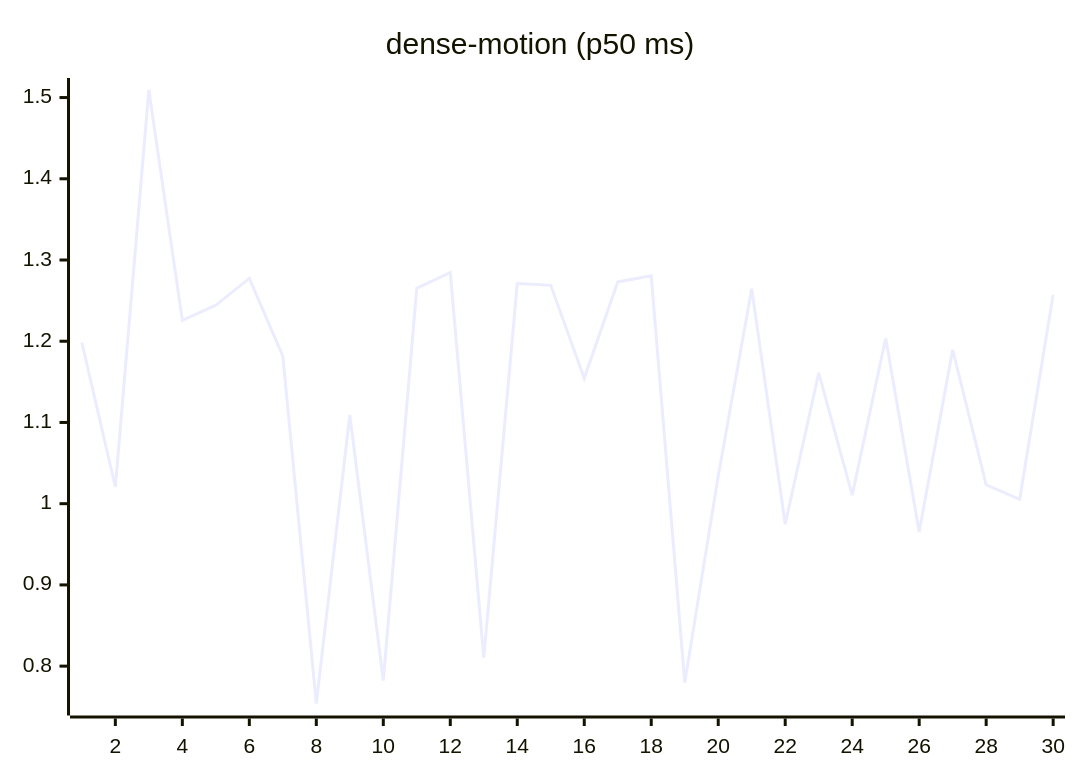
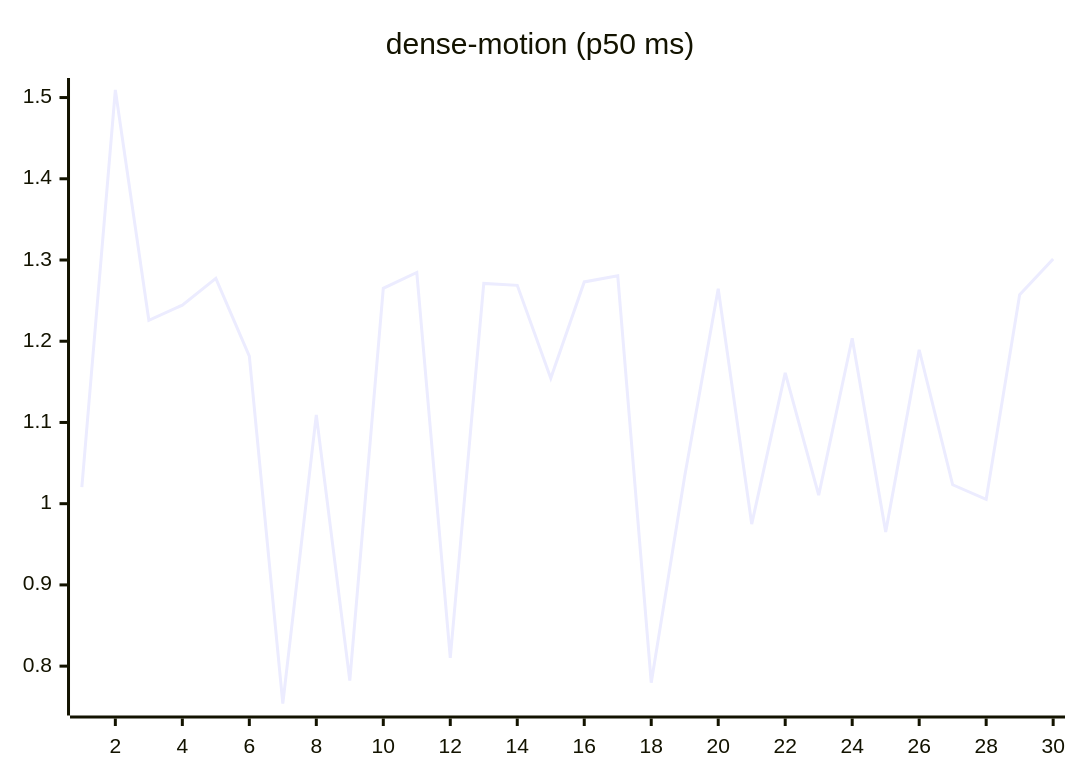
One commit to josha/Facet changed the ninth of 27 diagrams in README.md. Above: the diagram before and after it, drawn with Mermaid. The commit also changed other lines of this file and 2 other files, not shown here.

````diff
--- a/README.md
+++ b/README.md
@@ -119,6 +119,6 @@
 ```mermaid
 xychart-beta
     title "dense-motion (p50 ms)"
     x-axis 1 --> 30
-    line [1.1984, 1.0205, 1.5093, 1.2258, 1.2445, 1.2773, 1.1817, 0.7540, 1.1093, 0.7822, 1.2651, 1.2846, 0.8102, 1.2712, 1.2688, 1.1544, 1.2730, 1.2805, 0.7796, 1.0341, 1.2646, 0.9749, 1.1610, 1.0105, 1.2037, 0.9653, 1.1895, 1.0233, 1.0054, 1.2572]
+    line [1.0205, 1.5093, 1.2258, 1.2445, 1.2773, 1.1817, 0.7540, 1.1093, 0.7822, 1.2651, 1.2846, 0.8102, 1.2712, 1.2688, 1.1544, 1.2730, 1.2805, 0.7796, 1.0341, 1.2646, 0.9749, 1.1610, 1.0105, 1.2037, 0.9653, 1.1895, 1.0233, 1.0054, 1.2572, 1.3012]
 ```
````
